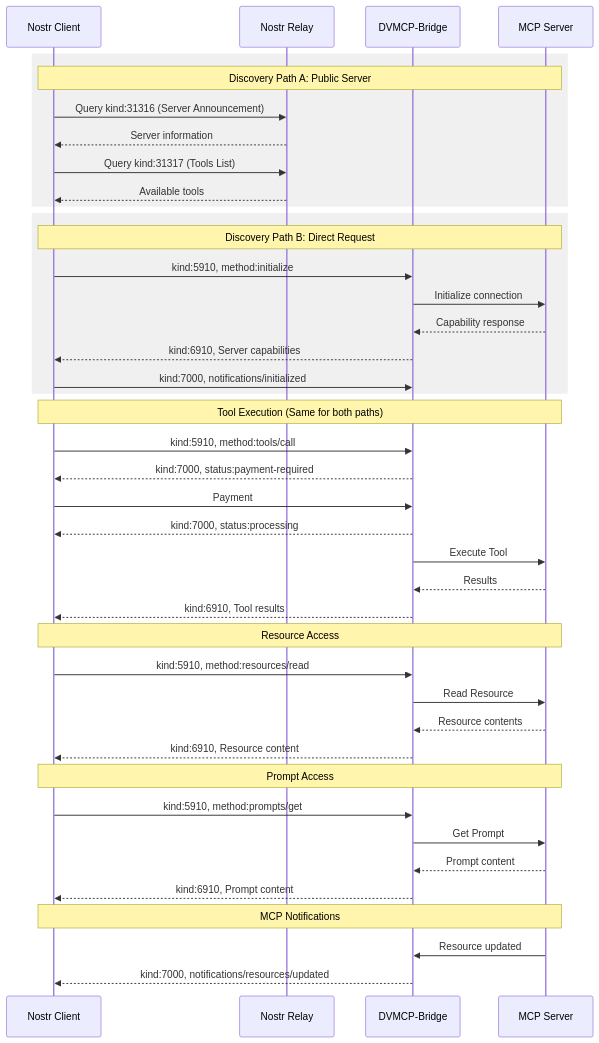
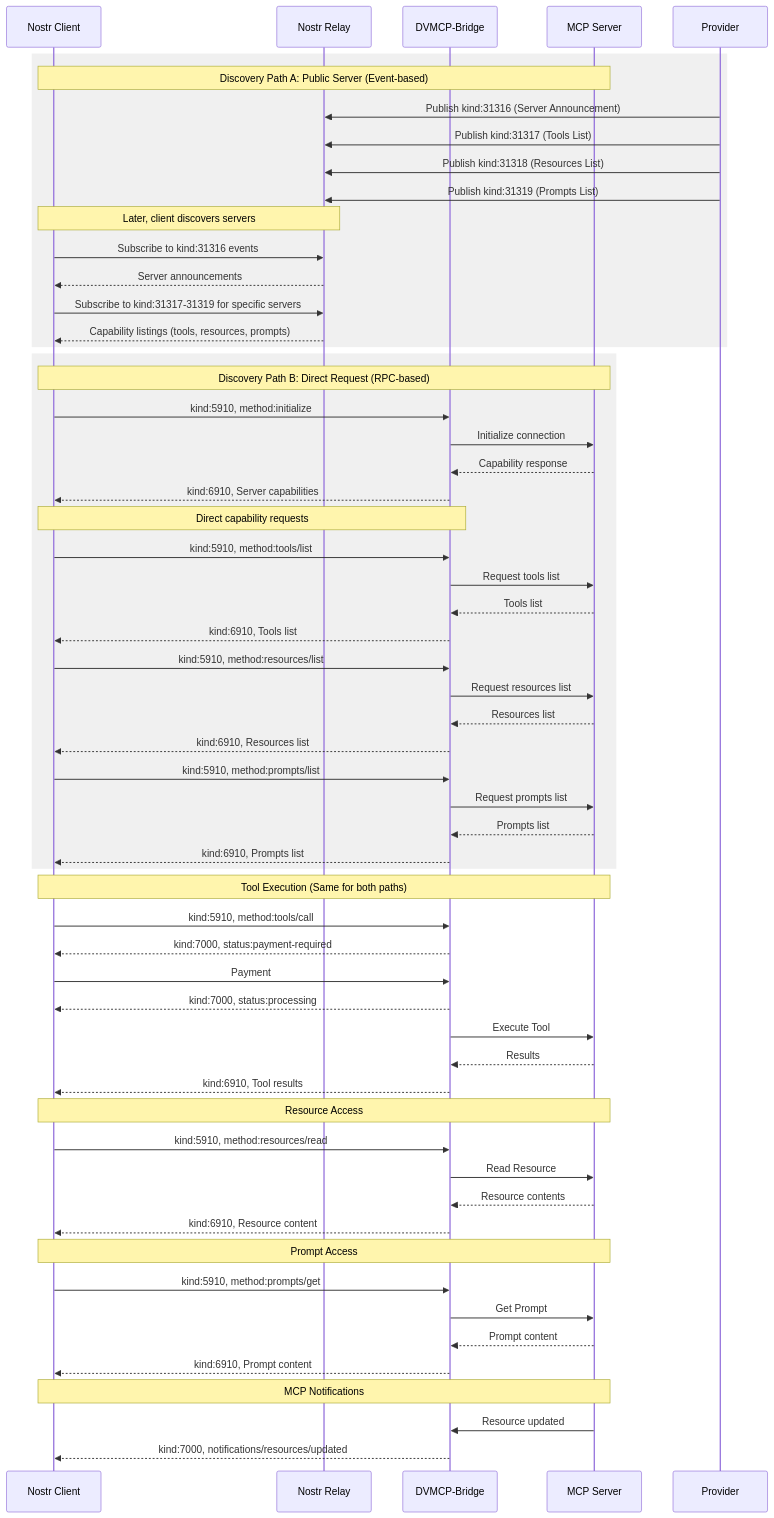
The diagram in docs/dvmcp-spec-2025-03-26.md (gzuuus/dvmcp), drawn with Mermaid before and after one commit. The commit also changed other lines of this file, not shown here.

Commit message:
docs: enhance discovery flow and clarify event tag usage

````diff
--- a/docs/dvmcp-spec-2025-03-26.md
+++ b/docs/dvmcp-spec-2025-03-26.md
@@ -747,49 +747,71 @@
 ```mermaid
 sequenceDiagram
     participant Client as Nostr Client
     participant Relay as Nostr Relay
     participant DVM as DVMCP-Bridge
     participant Server as MCP Server
+    participant Provider as Provider
 
     rect rgb(240, 240, 240)
-        Note over Client,Server: Discovery Path A: Public Server
-        Client->>Relay: Query kind:31316 (Server Announcement)
-        Relay-->>Client: Server information
-        Client->>Relay: Query kind:31317 (Tools List)
-        Relay-->>Client: Available tools
+        Note over Client,Server: Discovery Path A: Public Server (Event-based)
+        Provider->>Relay: Publish kind:31316 (Server Announcement)
+        Provider->>Relay: Publish kind:31317 (Tools List)
+        Provider->>Relay: Publish kind:31318 (Resources List)
+        Provider->>Relay: Publish kind:31319 (Prompts List)
+        
+        Note over Client,Relay: Later, client discovers servers
+        Client->>Relay: Subscribe to kind:31316 events
+        Relay-->>Client: Server announcements
+        Client->>Relay: Subscribe to kind:31317-31319 for specific servers
+        Relay-->>Client: Capability listings (tools, resources, prompts)
     end
 
     rect rgb(240, 240, 240)
-        Note over Client,Server: Discovery Path B: Direct Request
+        Note over Client,Server: Discovery Path B: Direct Request (RPC-based)
         Client->>DVM: kind:5910, method:initialize
         DVM->>Server: Initialize connection
         Server-->>DVM: Capability response
         DVM-->>Client: kind:6910, Server capabilities
-        Client->>DVM: kind:7000, notifications/initialized
+        
+        Note over Client,DVM: Direct capability requests
+        Client->>DVM: kind:5910, method:tools/list
+        DVM->>Server: Request tools list
+        Server-->>DVM: Tools list
+        DVM-->>Client: kind:6910, Tools list
+        
+        Client->>DVM: kind:5910, method:resources/list
+        DVM->>Server: Request resources list
+        Server-->>DVM: Resources list
+        DVM-->>Client: kind:6910, Resources list
+        
+        Client->>DVM: kind:5910, method:prompts/list
+        DVM->>Server: Request prompts list
+        Server-->>DVM: Prompts list
+        DVM-->>Client: kind:6910, Prompts list
     end
 
     Note over Client,Server: Tool Execution (Same for both paths)
     Client->>DVM: kind:5910, method:tools/call
     DVM-->>Client: kind:7000, status:payment-required
     Client->>DVM: Payment
     DVM-->>Client: kind:7000, status:processing
     DVM->>Server: Execute Tool
     Server-->>DVM: Results
     DVM-->>Client: kind:6910, Tool results
 
     Note over Client,Server: Resource Access
     Client->>DVM: kind:5910, method:resources/read
     DVM->>Server: Read Resource
     Server-->>DVM: Resource contents
     DVM-->>Client: kind:6910, Resource content
 
     Note over Client,Server: Prompt Access
     Client->>DVM: kind:5910, method:prompts/get
     DVM->>Server: Get Prompt
     Server-->>DVM: Prompt content
     DVM-->>Client: kind:6910, Prompt content
 
     Note over Client,Server: MCP Notifications
     Server->>DVM: Resource updated
     DVM-->>Client: kind:7000, notifications/resources/updated
 ```
````
